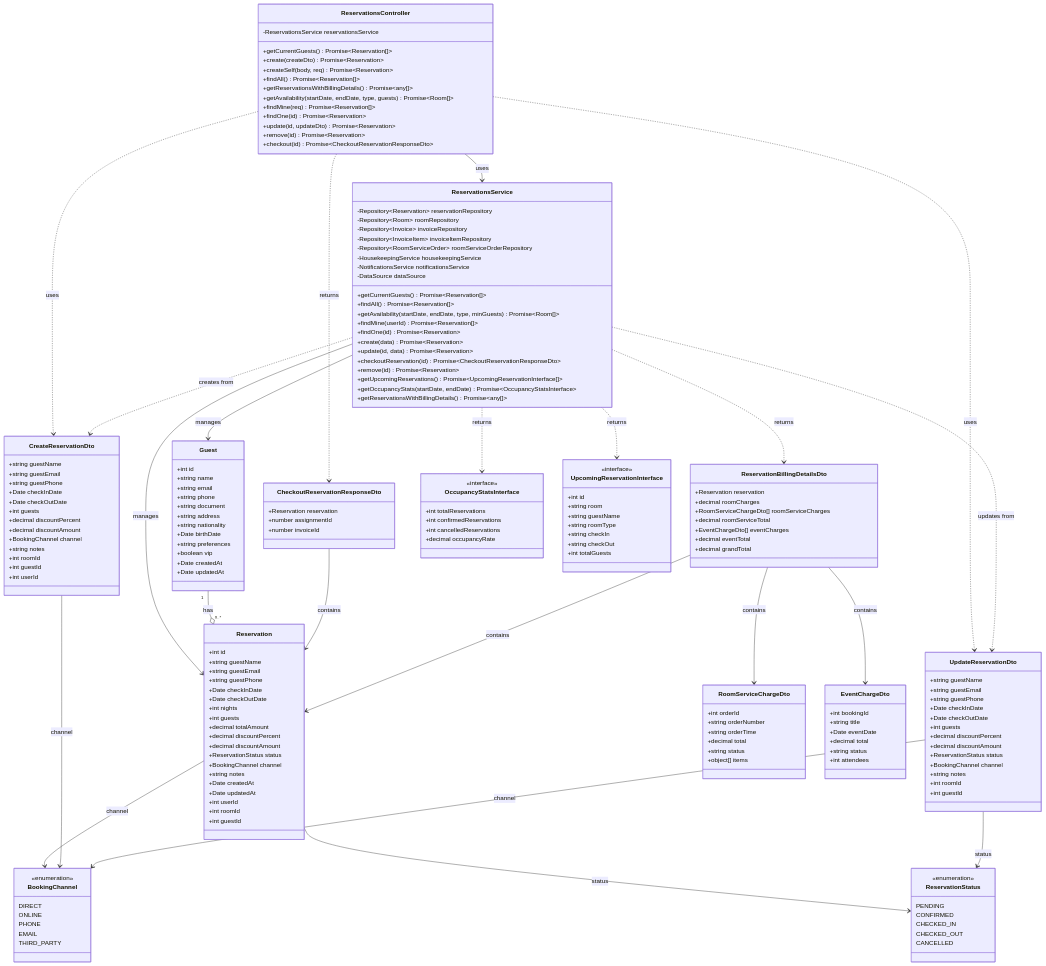
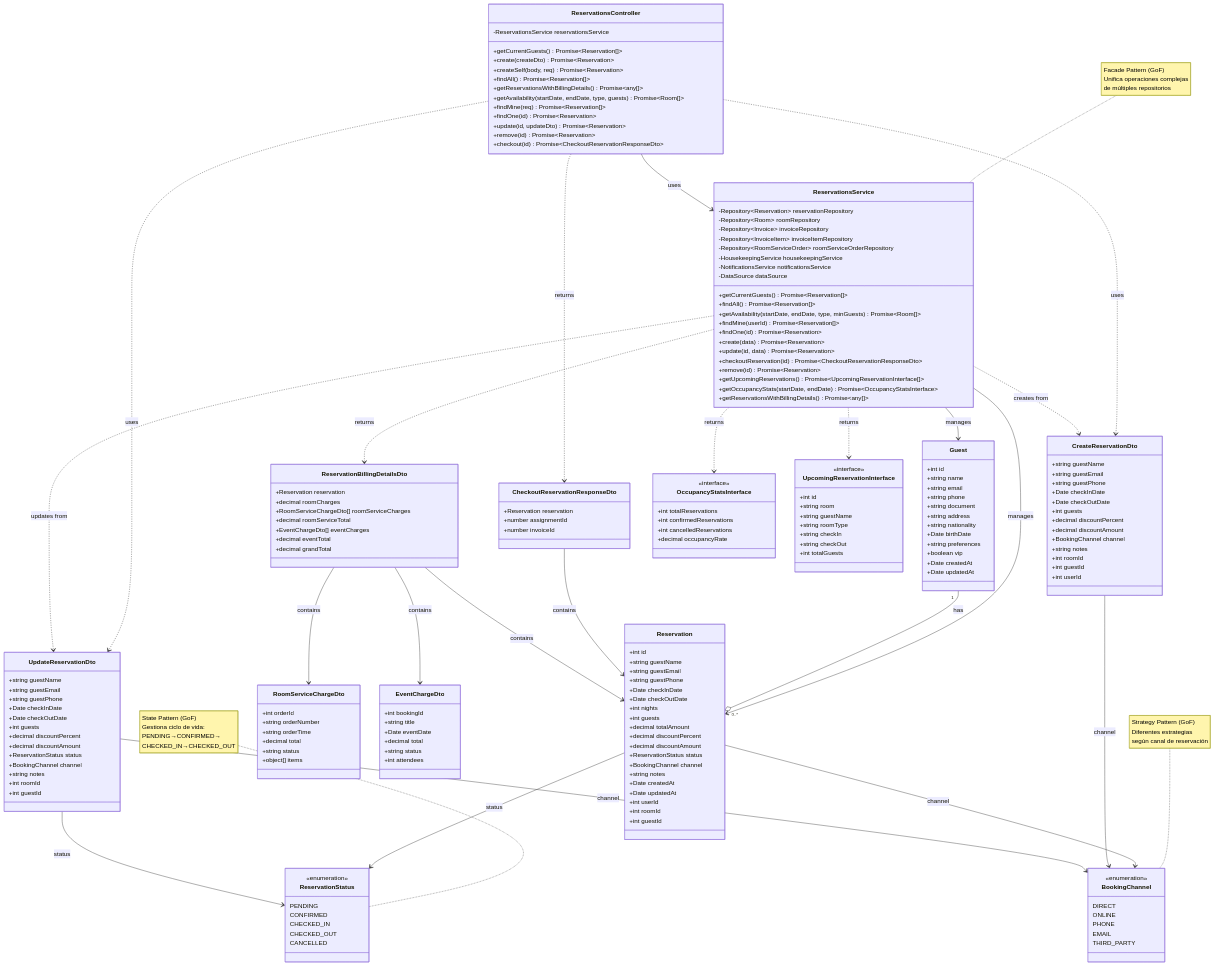
Before and after one commit to Nick220505/hotelier-backend: the diagram in diagrams/reservations-class-diagram.md, drawn with Mermaid. The commit also changed other lines of this file and 2 other files, not shown here.

Commit message:
Agregar notas de patrones de diseño GoF en los diagramas de clases de autenticación, facturación y reservaciones

````diff
--- a/diagrams/reservations-class-diagram.md
+++ b/diagrams/reservations-class-diagram.md
@@ -212,4 +212,9 @@
     ReservationBillingDetailsDto --> Reservation : contains
     ReservationBillingDetailsDto --> RoomServiceChargeDto : contains
     ReservationBillingDetailsDto --> EventChargeDto : contains
+    
+    %% Notas de Patrones GoF
+    note for ReservationStatus "State Pattern (GoF)<br/>Gestiona ciclo de vida:<br/>PENDING→CONFIRMED→<br/>CHECKED_IN→CHECKED_OUT"
+    note for BookingChannel "Strategy Pattern (GoF)<br/>Diferentes estrategias<br/>según canal de reservación"
+    note for ReservationsService "Facade Pattern (GoF)<br/>Unifica operaciones complejas<br/>de múltiples repositorios"
 ```
````
